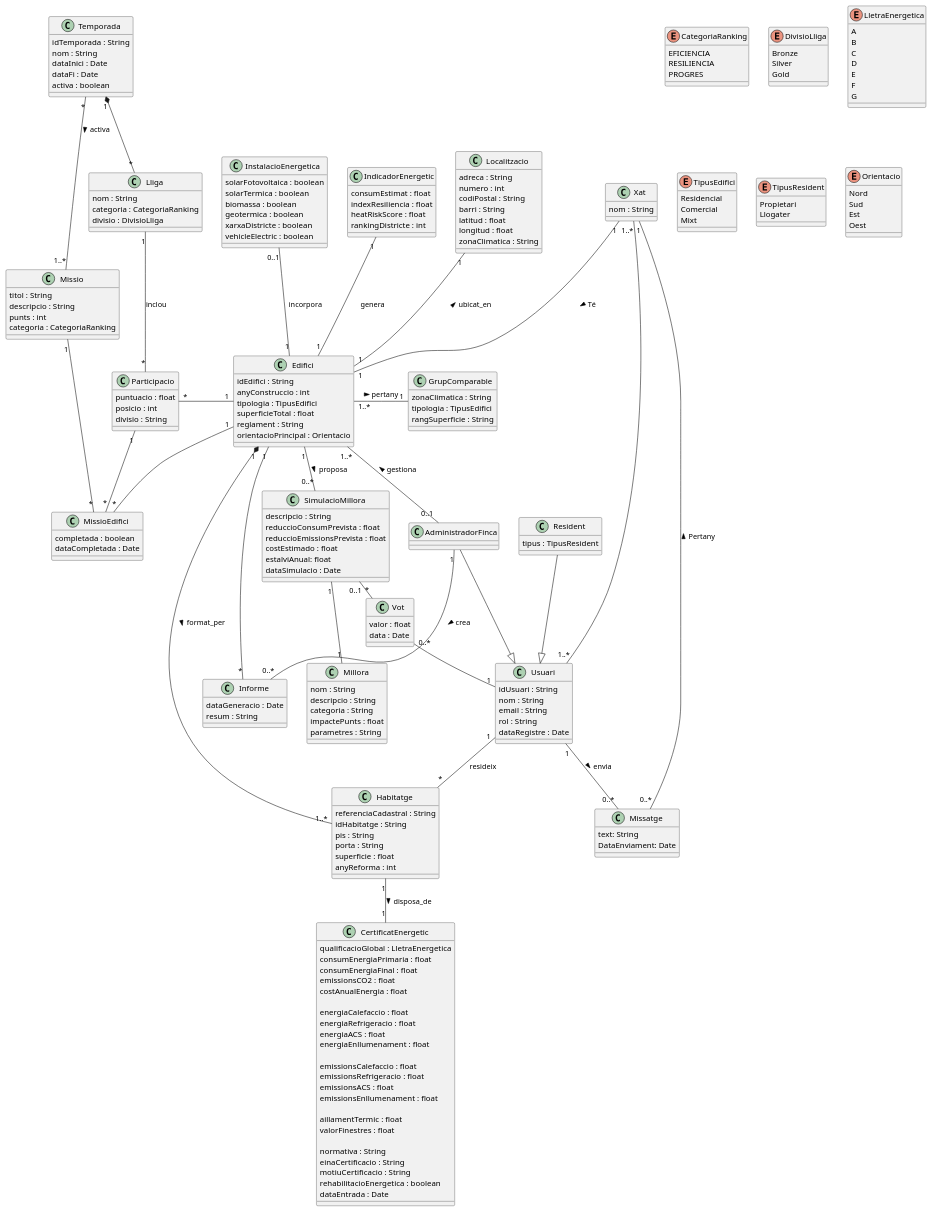
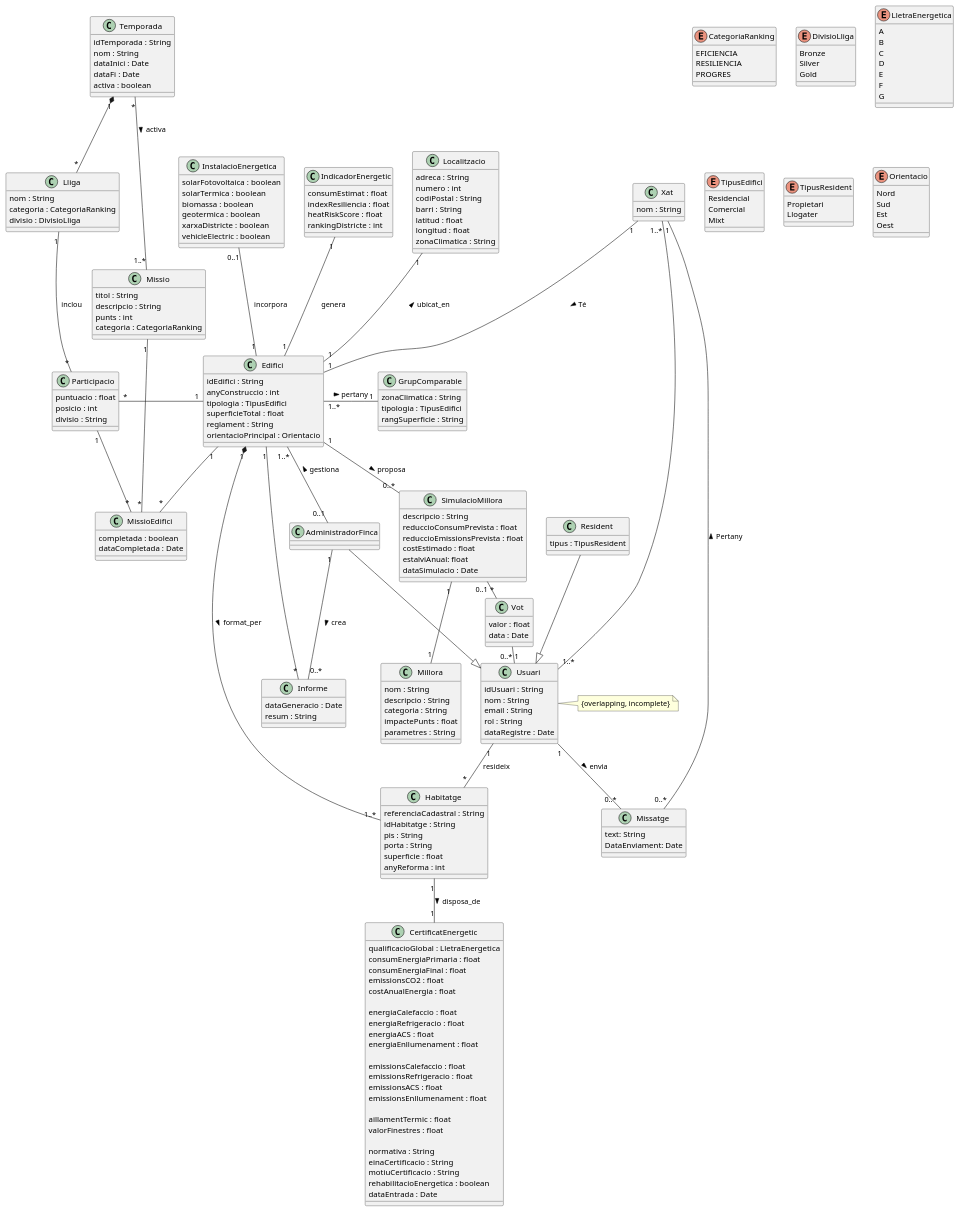
The diagram in src/diagram.puml (ScoreLab-Team/Backend-BuildRank), drawn with PlantUML before and after one commit.

Commit message:
Add: Jerarquia overlapping/Complete

```diff
--- a/src/diagram.puml
+++ b/src/diagram.puml
@@ -233,4 +233,8 @@
 Xat "1" -- "0..*" Missatge : Pertany <
 Usuari "1" -- "0..*" Missatge : envia >
 
+note right of Usuari
+{overlapping, incomplete}
+end note
+
 @enduml
```
